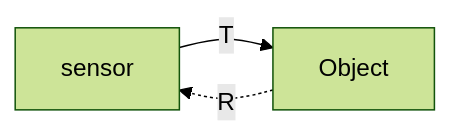
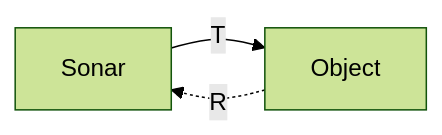
Before and after one commit to afondiel/computer-science-notebook: the fourth of 4 diagrams in automotive/self-driving/self-driving-notes.md, drawn with Mermaid (forest theme). The commit also changed other lines of this file, not shown here.

Commit message:
auto-self-drv: change sensors name in mermaid graph

````diff
--- a/automotive/self-driving/self-driving-notes.md
+++ b/automotive/self-driving/self-driving-notes.md
@@ -117,6 +117,6 @@
 ```mermaid
  graph LR
 
-         a1[sensor]-->|T|a2[Object]
+         a1[Sonar]-->|T|a2[Object]
          a2-.->|R|a1
 ```
````
